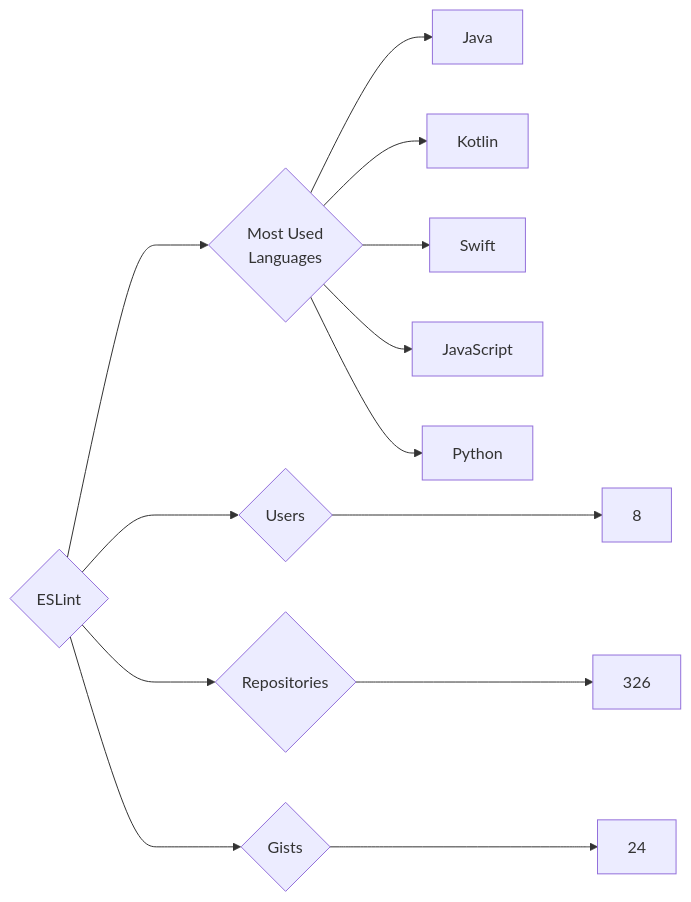
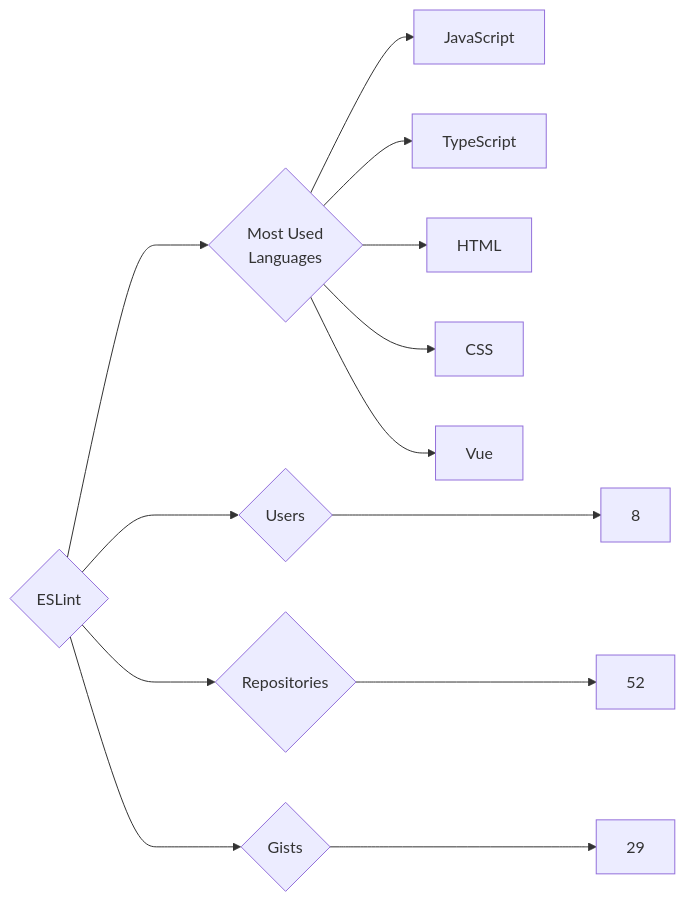
One commit to trickest/insiders changed the diagram in targets/ESLint/README.md. Above: the diagram before and after it, drawn with Mermaid. The commit also changed 611 other files, not shown here.

````diff
--- a/targets/ESLint/README.md
+++ b/targets/ESLint/README.md
@@ -3,13 +3,13 @@
 ```mermaid
 graph LR
 COMPANY_NAME{ESLint}
 COMPANY_NAME ---> U{Users} ---> UN[8]
-COMPANY_NAME ---> R{Repositories} ---> RN[326]
-COMPANY_NAME ---> G{Gists} ---> GN[24]
+COMPANY_NAME ---> R{Repositories} ---> RN[52]
+COMPANY_NAME ---> G{Gists} ---> GN[29]
 COMPANY_NAME ---> ML{Most Used<br>Languages}
-ML --> Java[Java]
-ML --> Kotlin[Kotlin]
-ML --> Swift[Swift]
 ML --> JavaScript[JavaScript]
-ML --> Python[Python]
+ML --> TypeScript[TypeScript]
+ML --> HTML[HTML]
+ML --> CSS[CSS]
+ML --> Vue[Vue]
 ```
````
